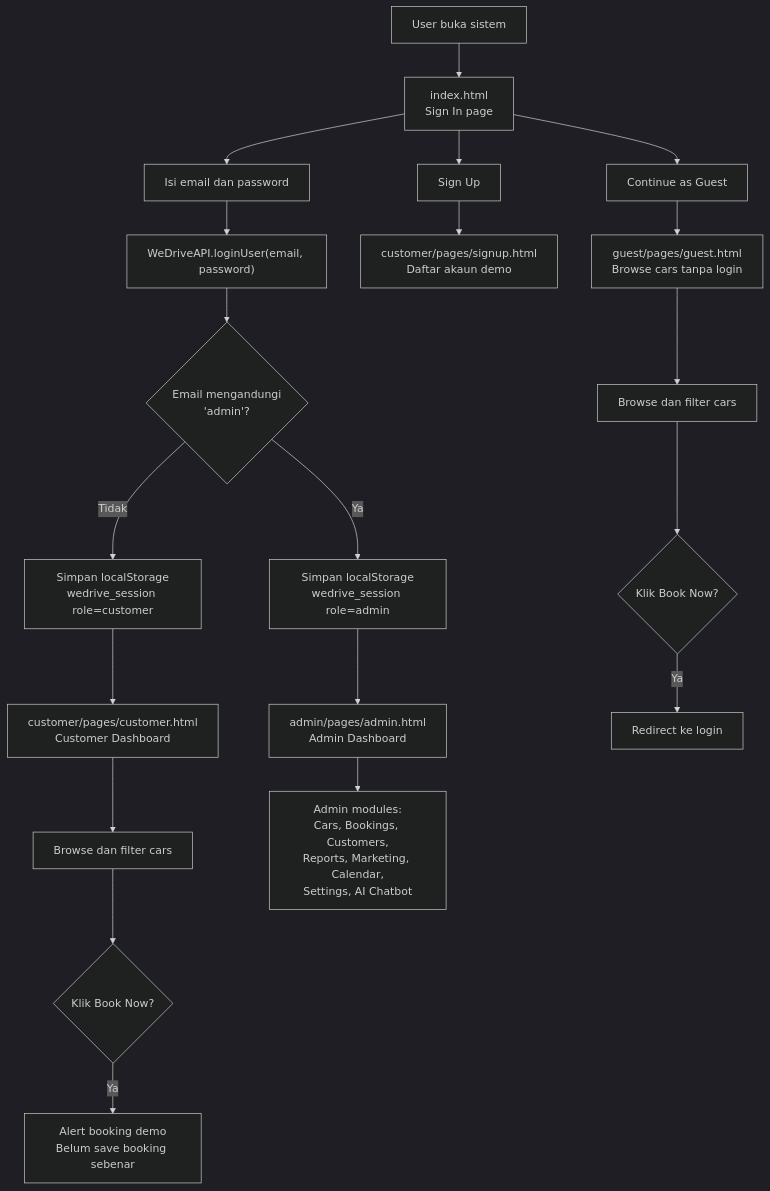
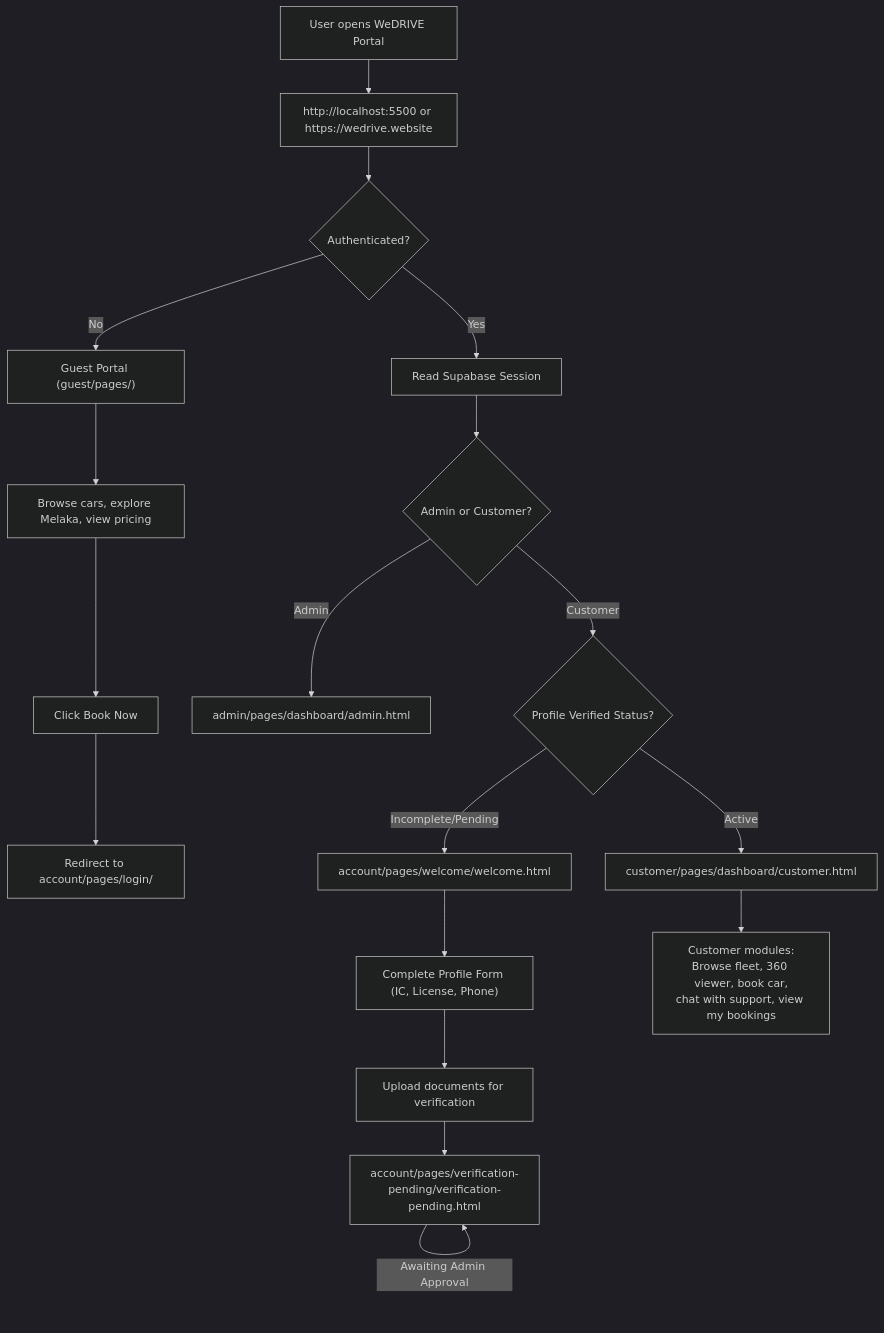
The first of 5 diagrams in docs/FULL_SYSTEM_FLOWCHART.md (hdanial211/WeDRIVE), drawn with Mermaid (dark theme) before and after one commit. The commit also changed other lines of this file and 1 other file, not shown here.

Commit message:
8.4.1 Update system flowchart to reflect active Supabase integration

````diff
--- a/docs/FULL_SYSTEM_FLOWCHART.md
+++ b/docs/FULL_SYSTEM_FLOWCHART.md
@@ -7,30 +9,27 @@
 ```mermaid
 flowchart TD
-    START["User buka sistem"] --> LOGIN["index.html<br/>Sign In page"]
+    START["User opens WeDRIVE Portal"] --> DOMAIN["http://localhost:5500 or https://wedrive.website"]
+    DOMAIN --> CHOOSE_ROLE{"Authenticated?"}
 
-    LOGIN --> GUEST_BTN["Continue as Guest"]
-    LOGIN --> SIGNUP_BTN["Sign Up"]
-    LOGIN --> LOGIN_FORM["Isi email dan password"]
+    CHOOSE_ROLE -->|No| GUEST_FLOW["Guest Portal (guest/pages/)"]
+    CHOOSE_ROLE -->|Yes| AUTH_CHECK["Read Supabase Session"]
 
-    GUEST_BTN --> GUEST_PAGE["guest/pages/guest.html<br/>Browse cars tanpa login"]
-    SIGNUP_BTN --> SIGNUP_PAGE["customer/pages/signup.html<br/>Daftar akaun demo"]
+    GUEST_FLOW --> BROWSE_GUEST["Browse cars, explore Melaka, view pricing"]
+    BROWSE_GUEST --> BOOK_GUEST["Click Book Now"]
+    BOOK_GUEST --> REDIRECT_AUTH["Redirect to account/pages/login/"]
 
-    LOGIN_FORM --> API_LOGIN["WeDriveAPI.loginUser(email, password)"]
-    API_LOGIN --> ROLE_CHECK{"Email mengandungi<br/>'admin'?"}
+    AUTH_CHECK --> USER_ROLE{"Admin or Customer?"}
 
-    ROLE_CHECK -->|Ya| ADMIN_SESSION["Simpan localStorage<br/>wedrive_session role=admin"]
-    ROLE_CHECK -->|Tidak| CUSTOMER_SESSION["Simpan localStorage<br/>wedrive_session role=customer"]
+    USER_ROLE -->|Admin| ADMIN_DASH["admin/pages/dashboard/admin.html"]
+    USER_ROLE -->|Customer| PROFILE_VERIFY{"Profile Verified Status?"}
 
-    ADMIN_SESSION --> ADMIN_DASH["admin/pages/admin.html<br/>Admin Dashboard"]
-    CUSTOMER_SESSION --> CUSTOMER_DASH["customer/pages/customer.html<br/>Customer Dashboard"]
+    PROFILE_VERIFY -->|Incomplete/Pending| SPLASH["account/pages/welcome/welcome.html"]
+    SPLASH --> COMPLETE_FLOW["Complete Profile Form (IC, License, Phone)"]
+    COMPLETE_FLOW --> UPLOAD_DOCS["Upload documents for verification"]
+    UPLOAD_DOCS --> PENDING_PAGE["account/pages/verification-pending/verification-pending.html"]
+    PENDING_PAGE -->|Awaiting Admin Approval| PENDING_PAGE
 
-    GUEST_PAGE --> GUEST_BROWSE["Browse dan filter cars"]
-    GUEST_BROWSE --> GUEST_BOOK{"Klik Book Now?"}
-    GUEST_BOOK -->|Ya| BACK_LOGIN["Redirect ke login"]
+    PROFILE_VERIFY -->|Active| CUSTOMER_DASH["customer/pages/dashboard/customer.html"]
 
-    CUSTOMER_DASH --> CUSTOMER_BROWSE["Browse dan filter cars"]
-    CUSTOMER_BROWSE --> CUSTOMER_BOOK{"Klik Book Now?"}
-    CUSTOMER_BOOK -->|Ya| BOOKING_ALERT["Alert booking demo<br/>Belum save booking sebenar"]
-
-    ADMIN_DASH --> ADMIN_MODULES["Admin modules:<br/>Cars, Bookings, Customers,<br/>Reports, Marketing, Calendar,<br/>Settings, AI Chatbot"]
+    CUSTOMER_DASH --> CUSTOMER_MODULES["Customer modules:<br/>Browse fleet, 360 viewer, book car,<br/>chat with support, view my bookings"]
 ```
````
